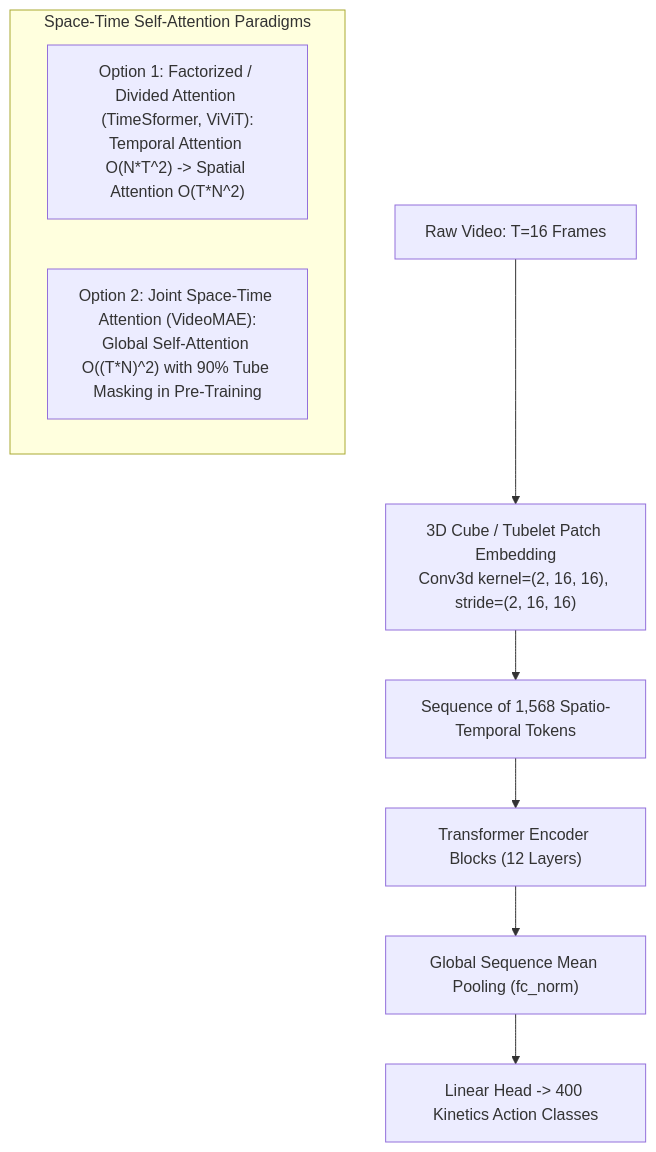
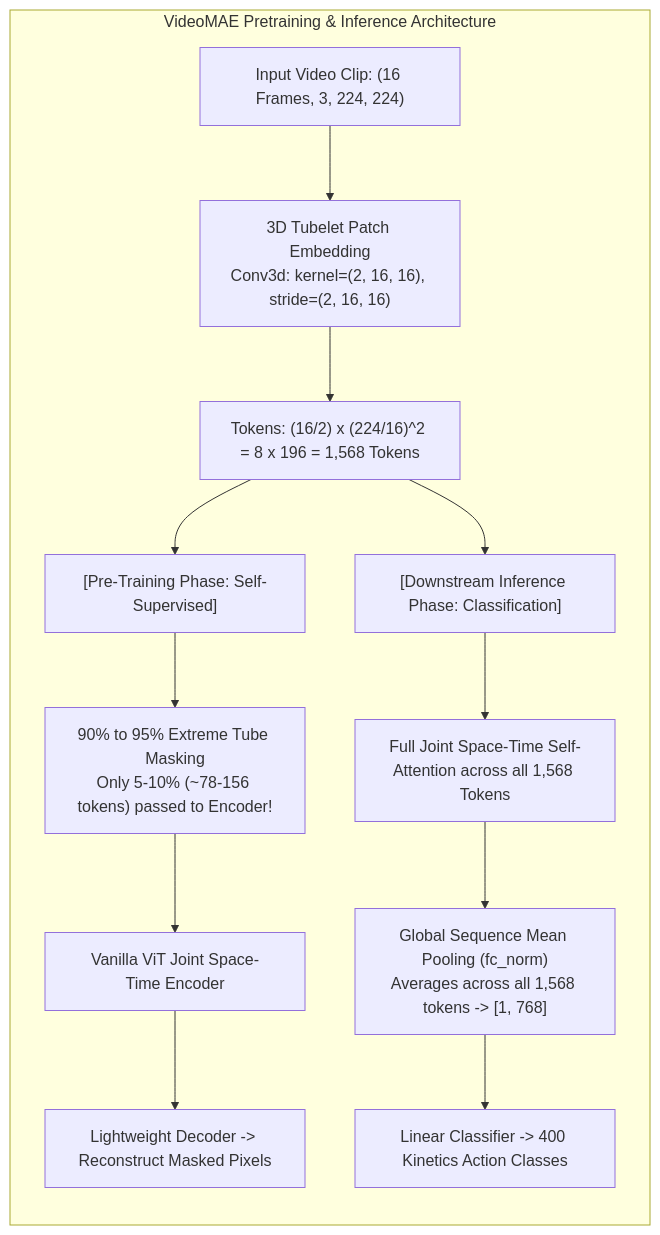
The third of 3 diagrams in video-understanding-lab/docs/03_video_transformer_inference.md (ghif/IF5152), drawn with Mermaid before and after one commit. The commit also changed other lines of this file, not shown here.

````diff
--- a/video-understanding-lab/docs/03_video_transformer_inference.md
+++ b/video-understanding-lab/docs/03_video_transformer_inference.md
@@ -164,12 +165,18 @@
 ```mermaid
 flowchart TD
-    V["Raw Video: T=16 Frames"] --> Tub["3D Cube / Tubelet Patch Embedding<br/>Conv3d kernel=(2, 16, 16), stride=(2, 16, 16)"]
-    Tub --> Tok["Sequence of 1,568 Spatio-Temporal Tokens"]
-    Tok --> TA["Transformer Encoder Blocks (12 Layers)"]
-    subgraph AttentionBlock ["Space-Time Self-Attention Paradigms"]
-        TA1["Option 1: Factorized / Divided Attention (TimeSformer, ViViT):<br/>Temporal Attention O(N*T^2) -> Spatial Attention O(T*N^2)"]
-        TA2["Option 2: Joint Space-Time Attention (VideoMAE):<br/>Global Self-Attention O((T*N)^2) with 90% Tube Masking in Pre-Training"]
+    subgraph VideoMAEPipeline ["VideoMAE Pretraining & Inference Architecture"]
+        direction TB
+        V["Input Video Clip: (16 Frames, 3, 224, 224)"] --> Tube["3D Tubelet Patch Embedding<br/>Conv3d: kernel=(2, 16, 16), stride=(2, 16, 16)"]
+        Tube --> Tokens["Tokens: (16/2) x (224/16)^2 = 8 x 196 = 1,568 Tokens"]
+        
+        Tokens --> PretrainBranch["[Pre-Training Phase: Self-Supervised]"]
+        PretrainBranch --> Mask["90% to 95% Extreme Tube Masking<br/>Only 5-10% (~78-156 tokens) passed to Encoder!"]
+        Mask --> Enc["Vanilla ViT Joint Space-Time Encoder"]
+        Enc --> Dec["Lightweight Decoder -> Reconstruct Masked Pixels"]
+
+        Tokens --> InferBranch["[Downstream Inference Phase: Classification]"]
+        InferBranch --> FullEnc["Full Joint Space-Time Self-Attention across all 1,568 Tokens"]
+        FullEnc --> Pool["Global Sequence Mean Pooling (fc_norm)<br/>Averages across all 1,568 tokens -> [1, 768]"]
+        Pool --> Head["Linear Classifier -> 400 Kinetics Action Classes"]
     end
-    TA --> Pool["Global Sequence Mean Pooling (fc_norm)"]
-    Pool --> Head["Linear Head -> 400 Kinetics Action Classes"]
 ```
````
